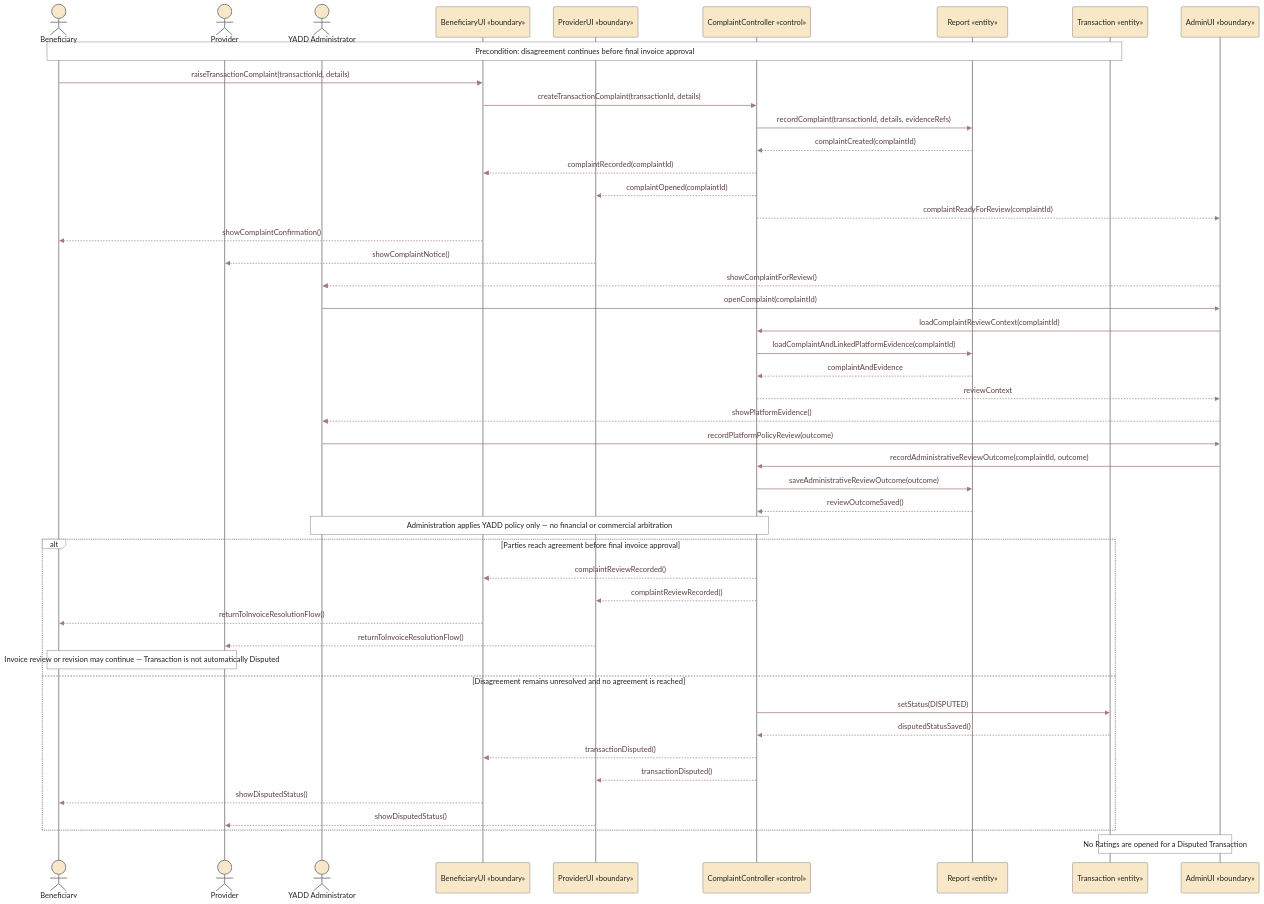
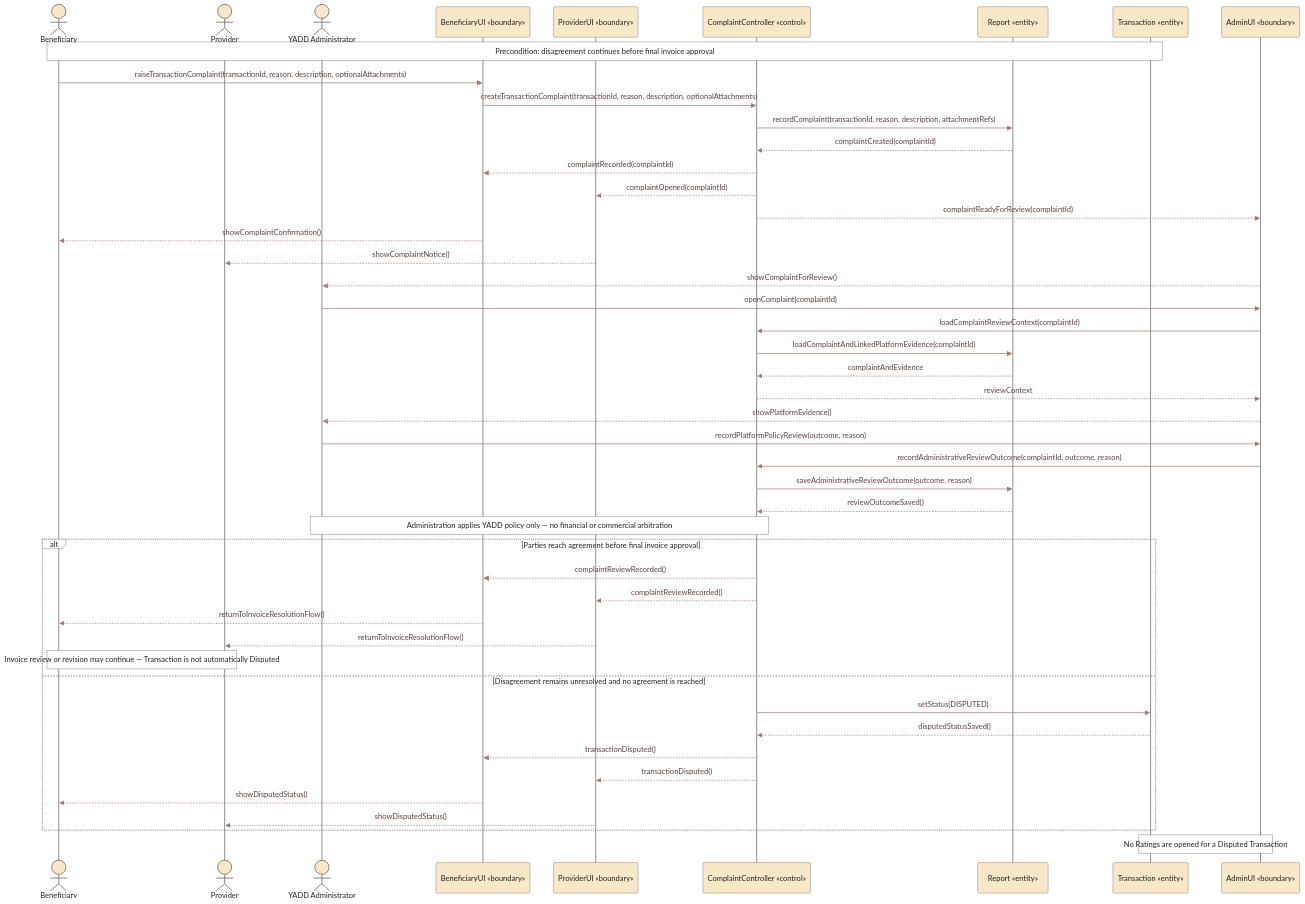
Before and after one commit to Yadd-SanaaUniversityGraduationProject/yadd: the diagram in diagrams/03-analysis/uml/sequence/uc-06-dispute-complaint-sequence.md, drawn with Mermaid.

Commit message:
uml: model complaint inputs explicitly per DEC-084

````diff
--- a/diagrams/03-analysis/uml/sequence/uc-06-dispute-complaint-sequence.md
+++ b/diagrams/03-analysis/uml/sequence/uc-06-dispute-complaint-sequence.md
@@ -22,57 +22,57 @@
 ```mermaid
 %%{init: {"theme":"base","themeVariables":{"background":"#FFFFFF","fontFamily":"Arial","actorBkg":"#F8E8C8","actorBorder":"#7E7E7E","actorTextColor":"#222222","actorLineColor":"#8A8A8A","signalColor":"#A07878","signalTextColor":"#5C3F3F","labelBoxBkgColor":"#FFFFFF","labelBoxBorderColor":"#7E7E7E","labelTextColor":"#222222","loopTextColor":"#222222","noteBkgColor":"#FFFFFF","noteBorderColor":"#7E7E7E","noteTextColor":"#222222","activationBkgColor":"#C8E0E8","activationBorderColor":"#7B969C","sequenceNumberColor":"#222222"}}}%%
 sequenceDiagram
     actor B as Beneficiary
     actor P as Provider
     actor A as YADD Administrator
     participant BUI as BeneficiaryUI «boundary»
     participant PUI as ProviderUI «boundary»
     participant C as ComplaintController «control»
     participant R as Report «entity»
     participant T as Transaction «entity»
     participant AUI as AdminUI «boundary»
 
     Note over B,T: Precondition: disagreement continues before final invoice approval
 
-    B->>BUI: raiseTransactionComplaint(transactionId, details)
-    BUI->>C: createTransactionComplaint(transactionId, details)
-    C->>R: recordComplaint(transactionId, details, evidenceRefs)
+    B->>BUI: raiseTransactionComplaint(transactionId, reason, description, optionalAttachments)
+    BUI->>C: createTransactionComplaint(transactionId, reason, description, optionalAttachments)
+    C->>R: recordComplaint(transactionId, reason, description, attachmentRefs)
     R-->>C: complaintCreated(complaintId)
     C-->>BUI: complaintRecorded(complaintId)
     C-->>PUI: complaintOpened(complaintId)
     C-->>AUI: complaintReadyForReview(complaintId)
     BUI-->>B: showComplaintConfirmation()
     PUI-->>P: showComplaintNotice()
     AUI-->>A: showComplaintForReview()
 
     A->>AUI: openComplaint(complaintId)
     AUI->>C: loadComplaintReviewContext(complaintId)
     C->>R: loadComplaintAndLinkedPlatformEvidence(complaintId)
     R-->>C: complaintAndEvidence
     C-->>AUI: reviewContext
     AUI-->>A: showPlatformEvidence()
 
-    A->>AUI: recordPlatformPolicyReview(outcome)
-    AUI->>C: recordAdministrativeReviewOutcome(complaintId, outcome)
-    C->>R: saveAdministrativeReviewOutcome(outcome)
+    A->>AUI: recordPlatformPolicyReview(outcome, reason)
+    AUI->>C: recordAdministrativeReviewOutcome(complaintId, outcome, reason)
+    C->>R: saveAdministrativeReviewOutcome(outcome, reason)
     R-->>C: reviewOutcomeSaved()
 
     Note over A,C: Administration applies YADD policy only — no financial or commercial arbitration
 
     alt Parties reach agreement before final invoice approval
         C-->>BUI: complaintReviewRecorded()
         C-->>PUI: complaintReviewRecorded()
         BUI-->>B: returnToInvoiceResolutionFlow()
         PUI-->>P: returnToInvoiceResolutionFlow()
         Note over B,P: Invoice review or revision may continue — Transaction is not automatically Disputed
     else Disagreement remains unresolved and no agreement is reached
         C->>T: setStatus(DISPUTED)
         T-->>C: disputedStatusSaved()
         C-->>BUI: transactionDisputed()
         C-->>PUI: transactionDisputed()
         BUI-->>B: showDisputedStatus()
         PUI-->>P: showDisputedStatus()
     end
 
     Note over T,AUI: No Ratings are opened for a Disputed Transaction
 ```
````
